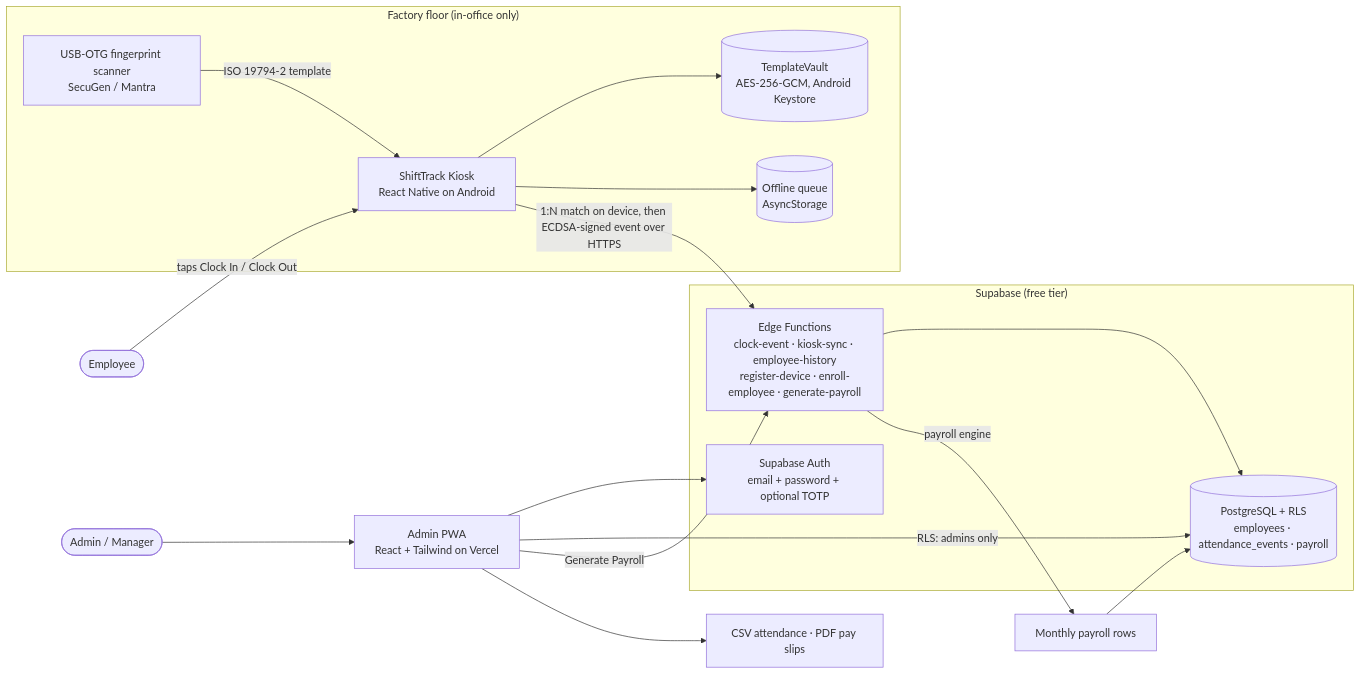
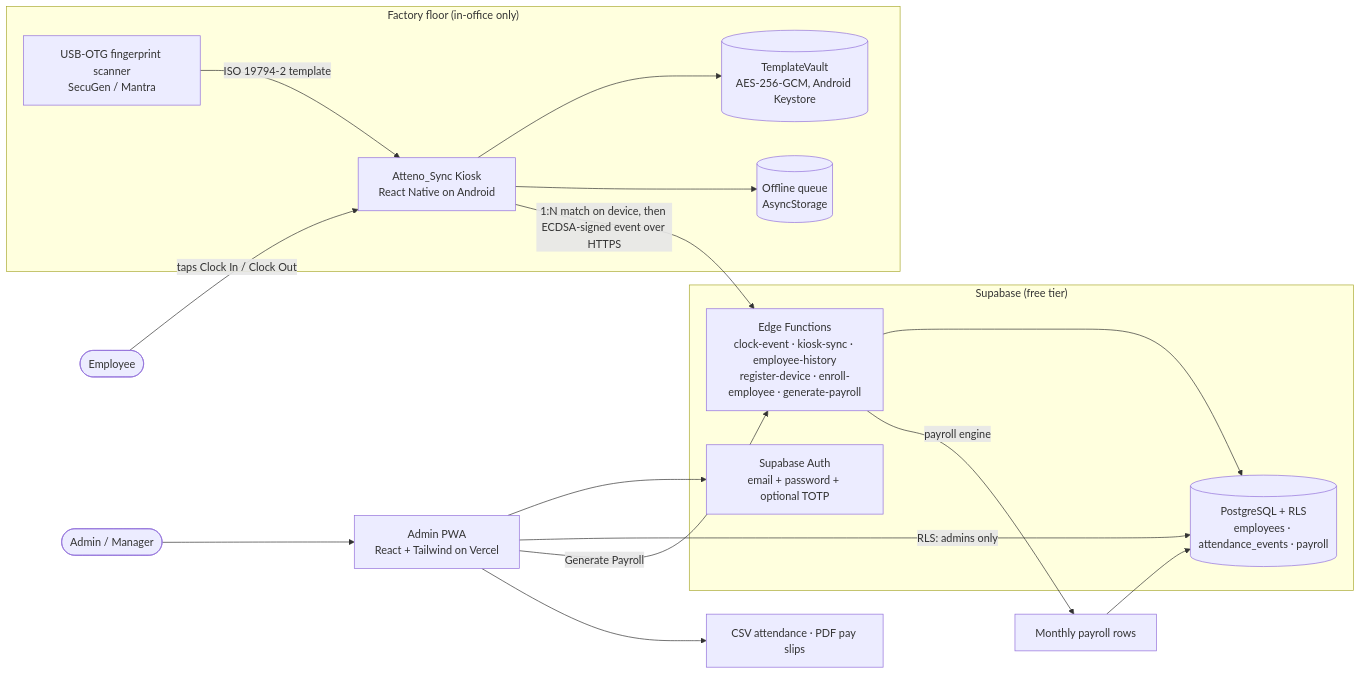
One commit to bijoyantonypt/Atteno-Sync changed the first of 3 diagrams in README.md. Above: the diagram before and after it, drawn with Mermaid. The commit also changed other lines of this file and 24 other files, not shown here.

First line of the commit message:
refactor: rename project from ShiftTrack to Atteno_Sync

````diff
--- a/README.md
+++ b/README.md
@@ -12,23 +12,23 @@
 ```mermaid
 flowchart LR
     E([Employee]) -->|taps Clock In / Clock Out| K
     subgraph Factory["Factory floor (in-office only)"]
         S[USB-OTG fingerprint scanner<br/>SecuGen / Mantra] -->|ISO 19794-2 template| K
-        K[ShiftTrack Kiosk<br/>React Native on Android]
+        K[Atteno_Sync Kiosk<br/>React Native on Android]
         K --> V[(TemplateVault<br/>AES-256-GCM, Android Keystore)]
         K --> Q[(Offline queue<br/>AsyncStorage)]
     end
     K -->|"1:N match on device, then ECDSA-signed event over HTTPS"| F
     subgraph Cloud["Supabase (free tier)"]
         F[Edge Functions<br/>clock-event · kiosk-sync · employee-history<br/>register-device · enroll-employee · generate-payroll]
         F --> DB[(PostgreSQL + RLS<br/>employees · attendance_events · payroll)]
         A[Supabase Auth<br/>email + password + optional TOTP]
     end
     F -->|payroll engine| P[Monthly payroll rows]
     P --> DB
     M([Admin / Manager]) --> W[Admin PWA<br/>React + Tailwind on Vercel]
     W --> A
     W -->|RLS: admins only| DB
     W -->|Generate Payroll| F
     W --> X[CSV attendance · PDF pay slips]
 ```
````
